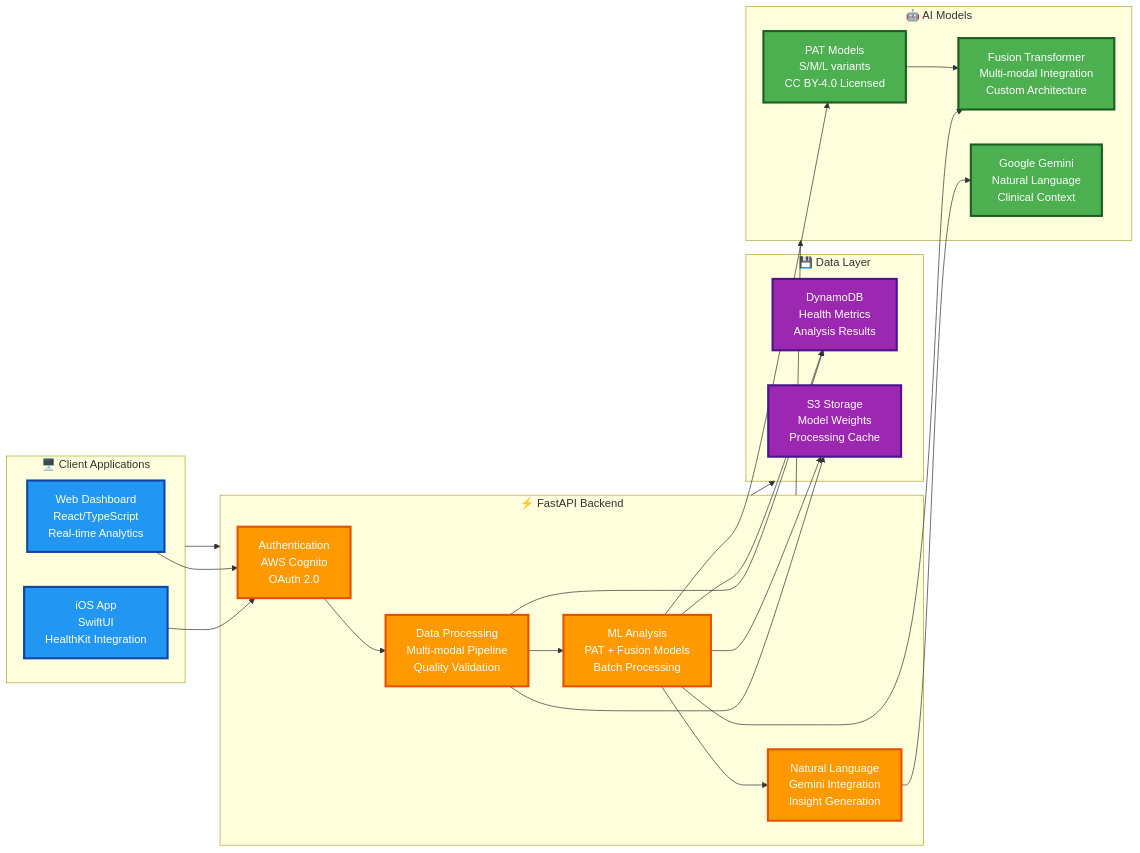
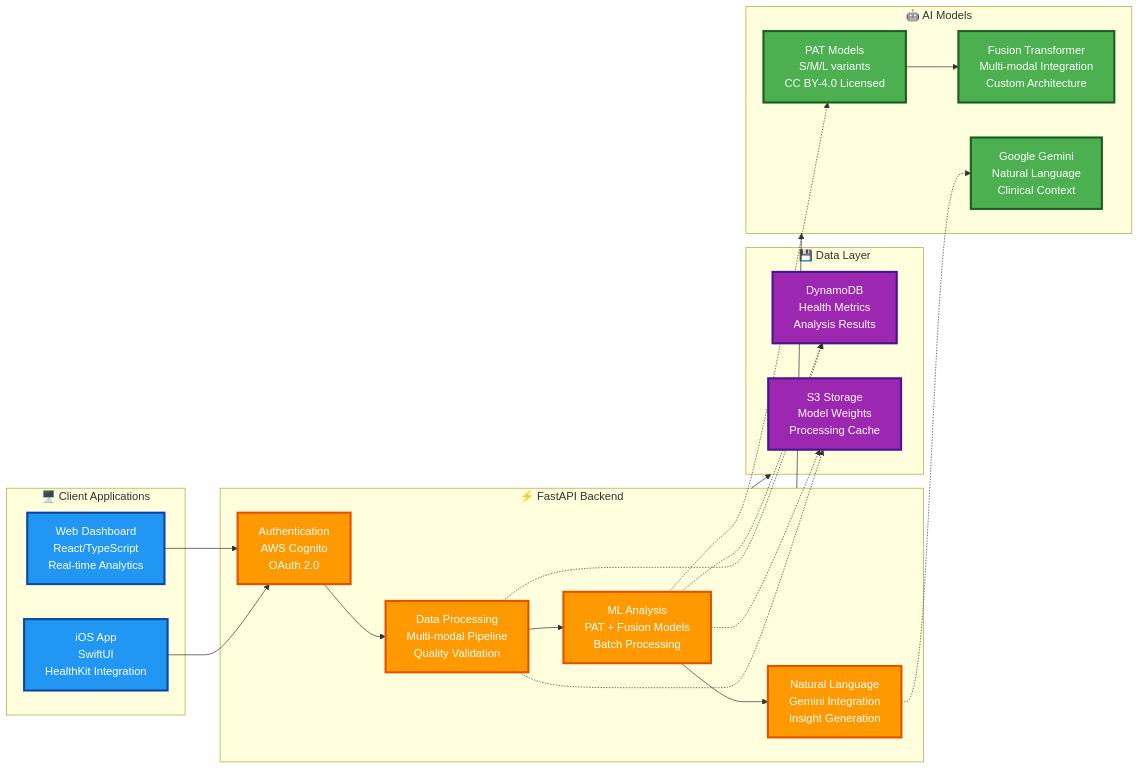
Before and after one commit to Clairty-Digital-Twin/clarity-loop-backend: the second of 2 diagrams in README.md, drawn with Mermaid. The commit also changed 4 other files, not shown here.

````diff
--- a/README.md
+++ b/README.md
@@ -91,59 +91,55 @@
 ```mermaid
 flowchart LR
-    subgraph Clients ["🖥️ Client Applications"]
+    subgraph Clients["🖥️ Client Applications"]
         A[iOS App<br/>SwiftUI<br/>HealthKit Integration]
         B[Web Dashboard<br/>React/TypeScript<br/>Real-time Analytics]
     end
     
-    subgraph Core ["⚡ FastAPI Backend"]
+    subgraph Core["⚡ FastAPI Backend"]
         C[Authentication<br/>AWS Cognito<br/>OAuth 2.0]
         D[Data Processing<br/>Multi-modal Pipeline<br/>Quality Validation]
         E[ML Analysis<br/>PAT + Fusion Models<br/>Batch Processing]
         F[Natural Language<br/>Gemini Integration<br/>Insight Generation]
         
         C --> D
         D --> E
         E --> F
     end
     
-    subgraph Data ["💾 Data Layer"]
+    subgraph Data["💾 Data Layer"]
         G[DynamoDB<br/>Health Metrics<br/>Analysis Results]
         H[S3 Storage<br/>Model Weights<br/>Processing Cache]
     end
     
-    subgraph AI ["🤖 AI Models"]
+    subgraph AI["🤖 AI Models"]
         I[PAT Models<br/>S/M/L variants<br/>CC BY-4.0 Licensed]
         J[Fusion Transformer<br/>Multi-modal Integration<br/>Custom Architecture]
         K[Google Gemini<br/>Natural Language<br/>Clinical Context]
+        
+        I --> J
     end
     
-    %% Main connections
     A --> C
     B --> C
     
-    %% Core to Infrastructure connections
-    Clients --> Core
     Core --> Data
     Core --> AI
     
-    D --> G
-    D --> H
-    E --> G
-    E --> H
+    D -.-> G
+    D -.-> H
+    E -.-> G
+    E -.-> H
     
-    E --> I
-    E --> J
-    F --> K
-    
-    I --> J
+    E -.-> I
+    F -.-> K
     
     classDef frontend fill:#2196f3,stroke:#0d47a1,stroke-width:3px,color:white
     classDef api fill:#ff9900,stroke:#e65100,stroke-width:3px,color:white
     classDef storage fill:#9c27b0,stroke:#4a148c,stroke-width:3px,color:white
     classDef ml fill:#4caf50,stroke:#1b5e20,stroke-width:3px,color:white
     
     class A,B frontend
     class C,D,E,F api
     class G,H storage
     class I,J,K ml
 ```
````
